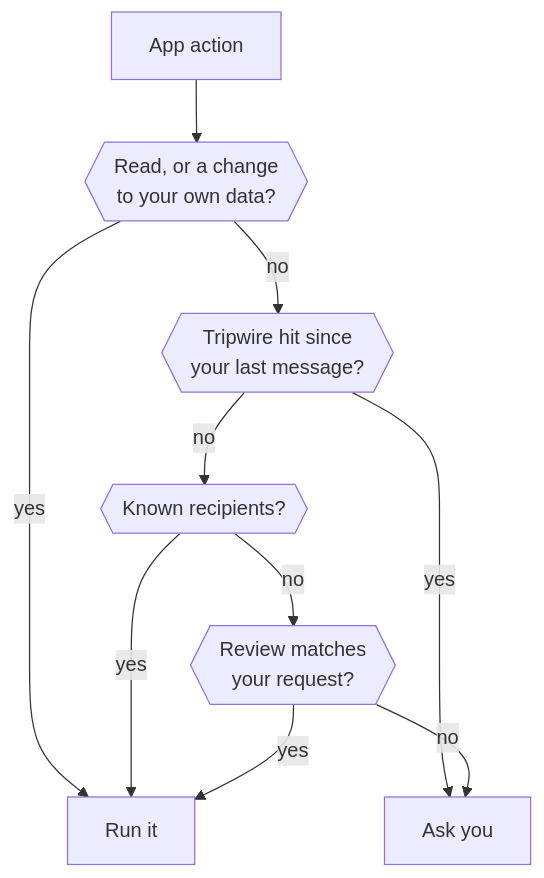
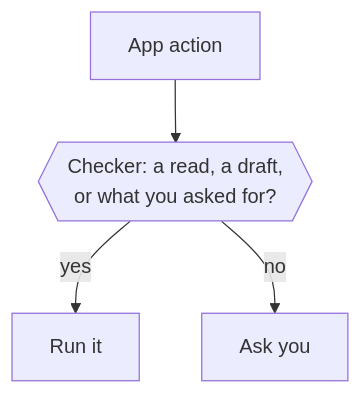
One commit to KrishBhimani/nod changed the first of 2 diagrams in docs/src/content/docs/trust/approvals.mdx. Above: the diagram before and after it, drawn with Mermaid. The commit also changed other lines of this file and 19 other files, not shown here.

Commit message:
feat(trust): one checker model decides every app action (#237)

````diff
--- a/docs/src/content/docs/trust/approvals.mdx
+++ b/docs/src/content/docs/trust/approvals.mdx
@@ -33,12 +34,6 @@
 ```mermaid
 flowchart TD
-  action[App action] --> kind{{Read, or a change<br/>to your own data?}}
-  kind -- yes --> run[Run it]:::go
-  kind -- no --> flag{{Tripwire hit since<br/>your last message?}}
-  flag -- yes --> ask[Ask you]:::accent
-  flag -- no --> known{{Known recipients?}}
-  known -- yes --> run
-  known -- no --> review{{Review matches<br/>your request?}}
-  review -- yes --> run
-  review -- no --> ask
+  action[App action] --> check{{Checker: a read, a draft,<br/>or what you asked for?}}
+  check -- yes --> run[Run it]:::go
+  check -- no --> ask[Ask you]:::accent
 ```
````
